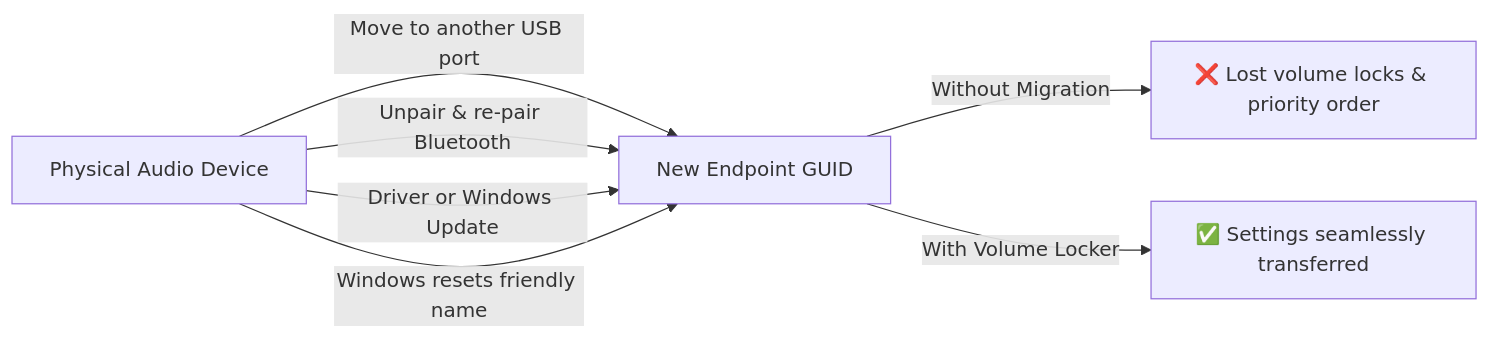
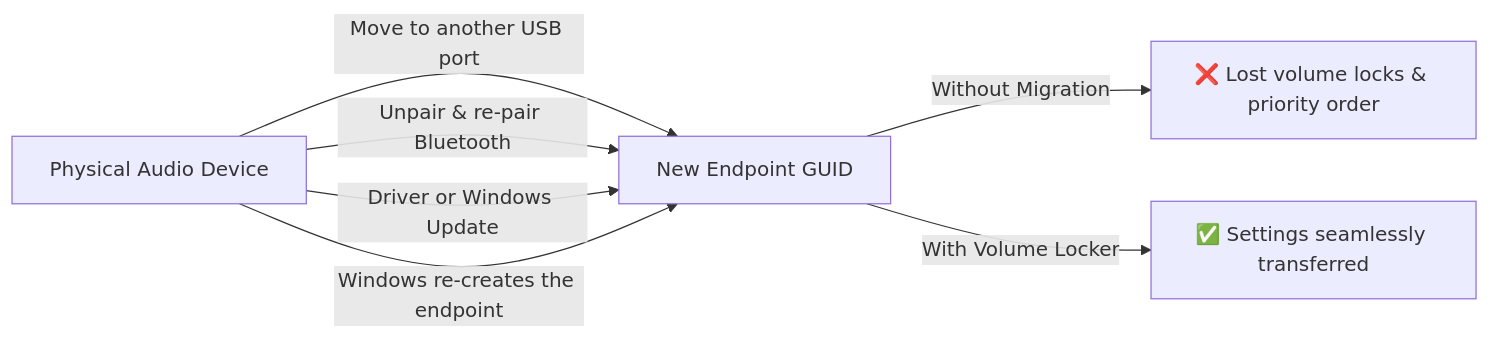
The first of 8 diagrams in docs/device-id-migration.md (felipecrs/volume-locker), drawn with Mermaid before and after one commit. The commit also changed other lines of this file and 7 other files, not shown here.

Commit message:
Stop using PKEY_Device_FriendlyName; compose name from DeviceDesc + cleaned interface

````diff
--- a/docs/device-id-migration.md
+++ b/docs/device-id-migration.md
@@ -18,9 +18,9 @@
 ```mermaid
 flowchart LR
     A[Physical Audio Device] -->|Move to another USB port| B[New Endpoint GUID]
     A -->|Unpair & re-pair Bluetooth| B
     A -->|Driver or Windows Update| B
-    A -->|Windows resets friendly name| B
+    A -->|Windows re-creates the endpoint| B
     B -->|Without Migration| C[❌ Lost volume locks & priority order]
     B -->|With Volume Locker| D[✅ Settings seamlessly transferred]
 ```
````
